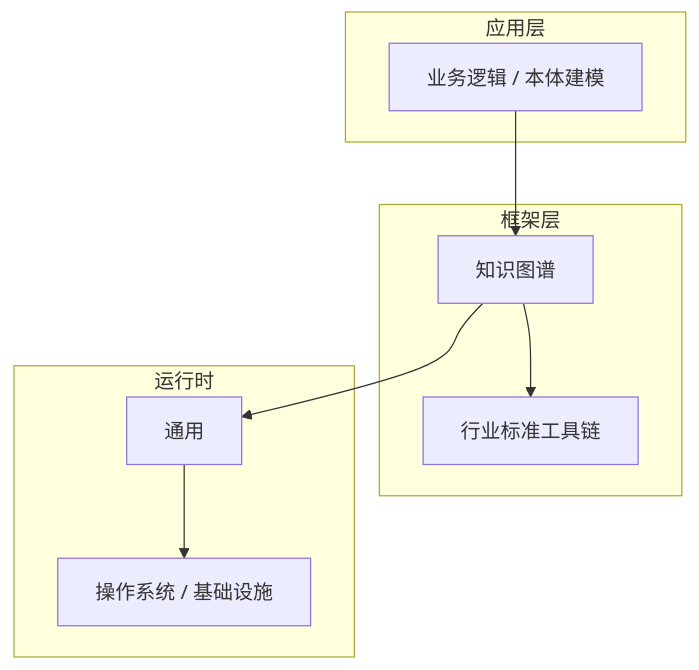
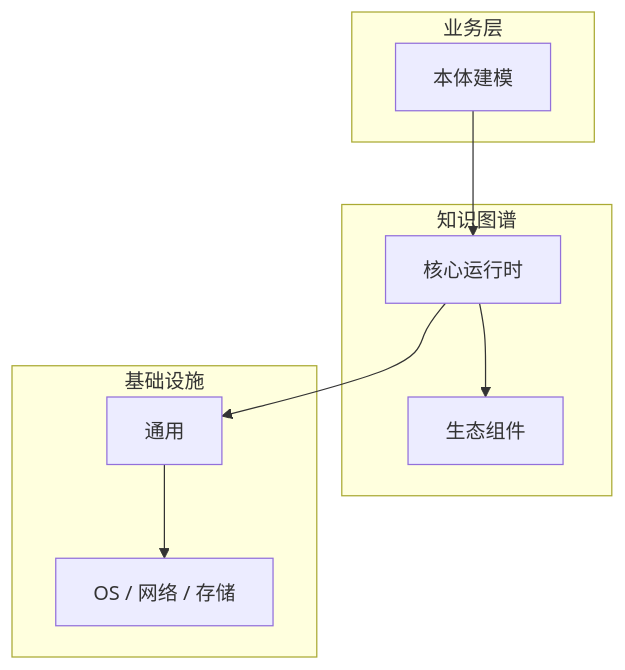
One commit to yanggan2015/knowledge-json-v2 changed the diagram in articles/知识图谱/chapters/007-本体建模核心概念与原理.md. Above: the diagram before and after it, drawn with Mermaid. The commit also changed other lines of this file and 10127 other files, not shown here.

````diff
--- a/articles/知识图谱/chapters/007-本体建模核心概念与原理.md
+++ b/articles/知识图谱/chapters/007-本体建模核心概念与原理.md
@@ -45,18 +30,18 @@
 ```mermaid
 graph TB
-    subgraph 应用层
-        A[业务逻辑 / 本体建模]
+    subgraph 业务层
+        A[本体建模]
     end
-    subgraph 框架层
-        B[知识图谱]
-        C[行业标准工具链]
+    subgraph 知识图谱
+        B[核心运行时]
+        C[生态组件]
     end
-    subgraph 运行时
+    subgraph 基础设施
         D[通用]
-        E[操作系统 / 基础设施]
+        E[OS / 网络 / 存储]
     end
     A --> B
     B --> C
     B --> D
     D --> E
 ```
````
